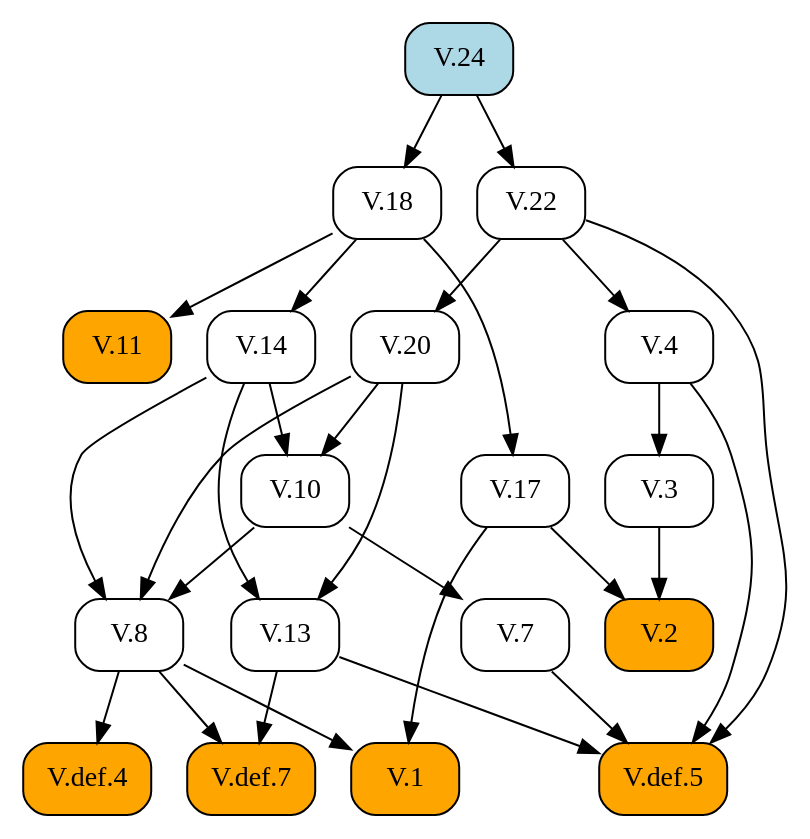
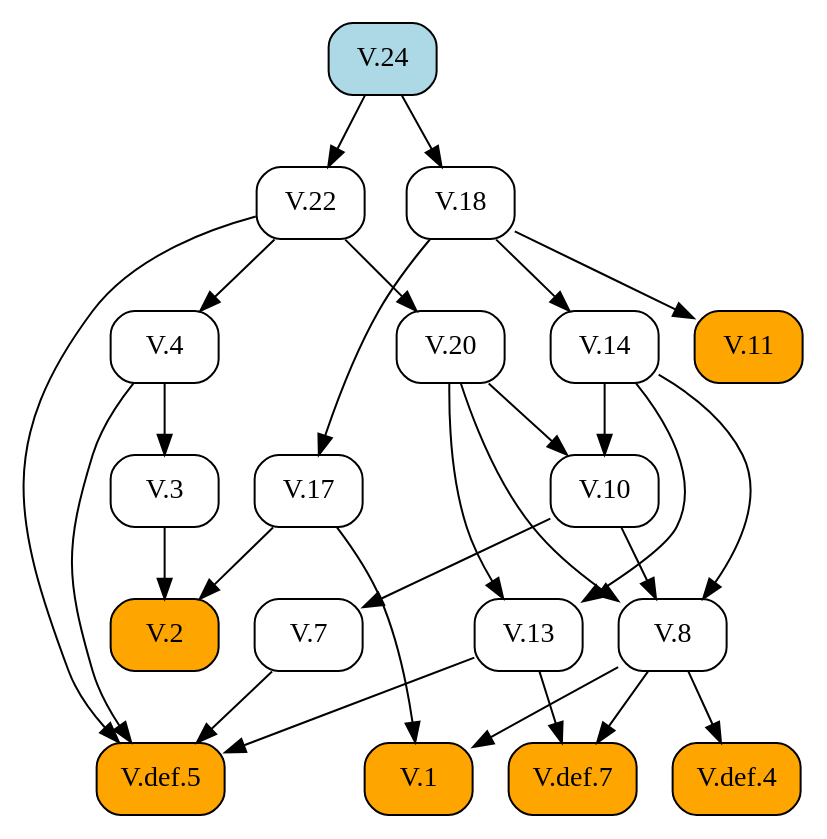
The diagram in docsrc/heath/V/24/index.rst (geometor/elements), drawn with Graphviz before and after one commit. The commit also changed other lines of this file and 484 other files, not shown here.

```diff
--- a/docsrc/heath/V/24/index.rst
+++ b/docsrc/heath/V/24/index.rst
@@ -50,51 +50,51 @@
 .. graphviz::
 
    digraph {
      rankdir="TB";
      node [shape=box, style=rounded];
-     "V.8" [URL="/heath/V/8/", target="_top"];
+     "V.2" [style="rounded,filled", fillcolor=orange, URL="/heath/V/2/", target="_top"];
+     "V.24" [style="rounded,filled", fillcolor=lightblue, URL="/heath/V/24/", target="_top"];
+     "V.def.7" [style="rounded,filled", fillcolor=orange, URL="/heath/V/def.7/", target="_top"];
+     "V.13" [URL="/heath/V/13/", target="_top"];
+     "V.3" [URL="/heath/V/3/", target="_top"];
+     "V.7" [URL="/heath/V/7/", target="_top"];
      "V.14" [URL="/heath/V/14/", target="_top"];
      "V.def.5" [style="rounded,filled", fillcolor=orange, URL="/heath/V/def.5/", target="_top"];
-     "V.17" [URL="/heath/V/17/", target="_top"];
+     "V.18" [URL="/heath/V/18/", target="_top"];
+     "V.8" [URL="/heath/V/8/", target="_top"];
+     "V.10" [URL="/heath/V/10/", target="_top"];
+     "V.4" [URL="/heath/V/4/", target="_top"];
      "V.22" [URL="/heath/V/22/", target="_top"];
-     "V.4" [URL="/heath/V/4/", target="_top"];
-     "V.10" [URL="/heath/V/10/", target="_top"];
      "V.1" [style="rounded,filled", fillcolor=orange, URL="/heath/V/1/", target="_top"];
      "V.20" [URL="/heath/V/20/", target="_top"];
-     "V.13" [URL="/heath/V/13/", target="_top"];
      "V.11" [style="rounded,filled", fillcolor=orange, URL="/heath/V/11/", target="_top"];
-     "V.24" [style="rounded,filled", fillcolor=lightblue, URL="/heath/V/24/", target="_top"];
-     "V.7" [URL="/heath/V/7/", target="_top"];
-     "V.18" [URL="/heath/V/18/", target="_top"];
+     "V.17" [URL="/heath/V/17/", target="_top"];
      "V.def.4" [style="rounded,filled", fillcolor=orange, URL="/heath/V/def.4/", target="_top"];
-     "V.2" [style="rounded,filled", fillcolor=orange, URL="/heath/V/2/", target="_top"];
-     "V.3" [URL="/heath/V/3/", target="_top"];
-     "V.def.7" [style="rounded,filled", fillcolor=orange, URL="/heath/V/def.7/", target="_top"];
-     "V.10" -> "V.8";
-     "V.14" -> "V.8";
-     "V.20" -> "V.8";
+     "V.3" -> "V.2";
+     "V.17" -> "V.2";
+     "V.8" -> "V.def.7";
+     "V.13" -> "V.def.7";
+     "V.14" -> "V.13";
+     "V.20" -> "V.13";
+     "V.4" -> "V.3";
+     "V.10" -> "V.7";
      "V.18" -> "V.14";
      "V.4" -> "V.def.5";
      "V.7" -> "V.def.5";
      "V.13" -> "V.def.5";
      "V.22" -> "V.def.5";
-     "V.18" -> "V.17";
-     "V.24" -> "V.22";
-     "V.22" -> "V.4";
+     "V.24" -> "V.18";
+     "V.10" -> "V.8";
+     "V.14" -> "V.8";
+     "V.20" -> "V.8";
      "V.14" -> "V.10";
      "V.20" -> "V.10";
+     "V.22" -> "V.4";
+     "V.24" -> "V.22";
      "V.8" -> "V.1";
      "V.17" -> "V.1";
      "V.22" -> "V.20";
-     "V.14" -> "V.13";
-     "V.20" -> "V.13";
      "V.18" -> "V.11";
-     "V.10" -> "V.7";
-     "V.24" -> "V.18";
+     "V.18" -> "V.17";
      "V.8" -> "V.def.4";
-     "V.3" -> "V.2";
-     "V.17" -> "V.2";
-     "V.4" -> "V.3";
-     "V.8" -> "V.def.7";
-     "V.13" -> "V.def.7";
    }
```
